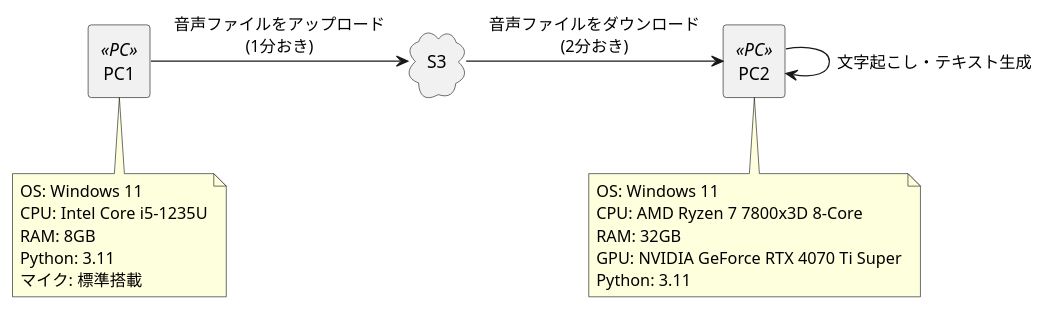
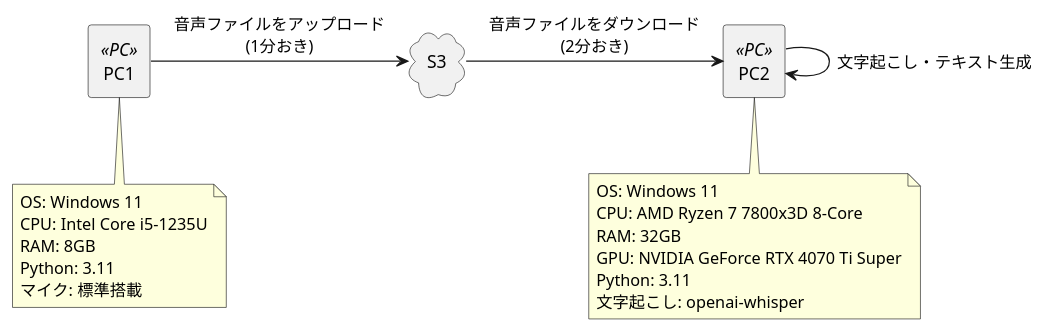
The diagram in system_flow.puml (dateeee/HamoDay), drawn with PlantUML before and after one commit.

Commit message:
change flow

```diff
--- a/system_flow.puml
+++ b/system_flow.puml
@@ -1,30 +1,31 @@
 @startuml HamoDay
 rectangle "PC1" as PC1 <<PC>>
 rectangle "PC2" as PC2 <<PC>>
 cloud S3
 
 ' PC1スペック情報（下部に表示）
 note bottom of PC1
 OS: Windows 11
 CPU: Intel Core i5-1235U
 RAM: 8GB
 Python: 3.11
 マイク: 標準搭載
 end note
 
 ' PC2スペック情報（下部に表示）
 note bottom of PC2
 OS: Windows 11
 CPU: AMD Ryzen 7 7800x3D 8-Core
 RAM: 32GB
 GPU: NVIDIA GeForce RTX 4070 Ti Super
 Python: 3.11
+文字起こし: openai-whisper
 end note
 
 ' PC1の録音は1分おきに処理
 PC1 -> S3 : 音声ファイルをアップロード\n(1分おき)
 
 ' PC2のダウンロードは2分おきに処理
 S3 -> PC2 : 音声ファイルをダウンロード\n(2分おき)
 PC2 -> PC2 : 文字起こし・テキスト生成
 @enduml
```
